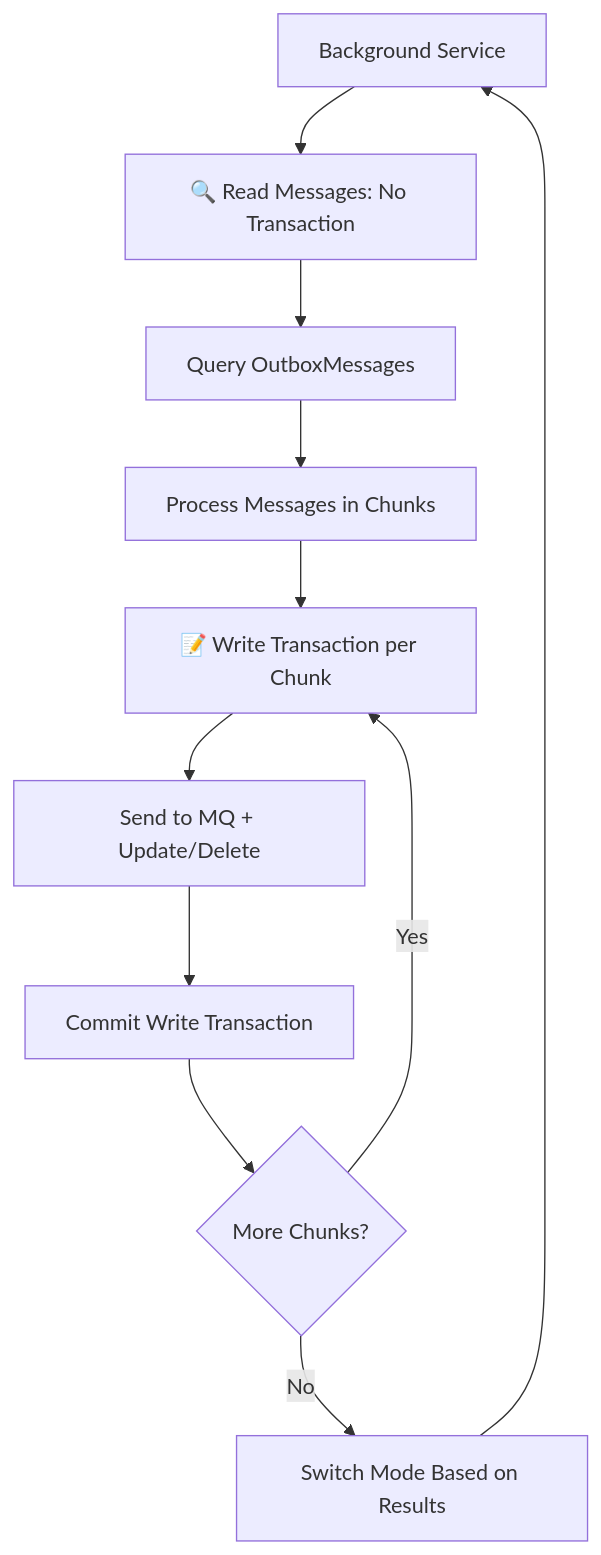
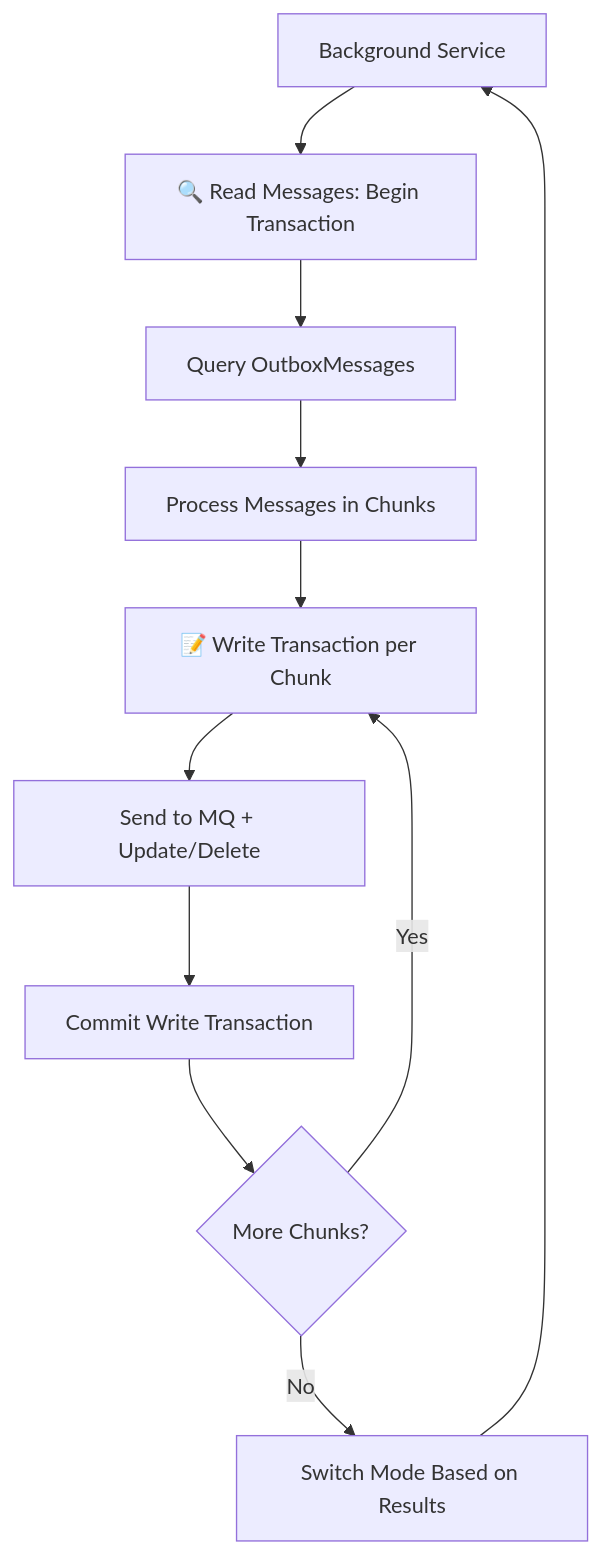
The first of 2 diagrams in docs/OUTBOX_PATTERN_GUIDE.md (immortalgky/collateral-appraisal-system-api), drawn with Mermaid before and after one commit. The commit also changed 6 other files, not shown here.

````diff
--- a/docs/OUTBOX_PATTERN_GUIDE.md
+++ b/docs/OUTBOX_PATTERN_GUIDE.md
@@ -62,13 +62,13 @@
 ```mermaid
 graph TD
-    A[Background Service] --> B[🔍 Read Messages: No Transaction]
+    A[Background Service] --> B[🔍 Read Messages: Begin Transaction]
     B --> C[Query OutboxMessages]
     C --> D[Process Messages in Chunks]
     D --> E[📝 Write Transaction per Chunk]
     E --> F[Send to MQ + Update/Delete]
     F --> G[Commit Write Transaction]
     G --> H{More Chunks?}
     H -->|Yes| E
     H -->|No| I[Switch Mode Based on Results]
     I --> A
 ```
````
